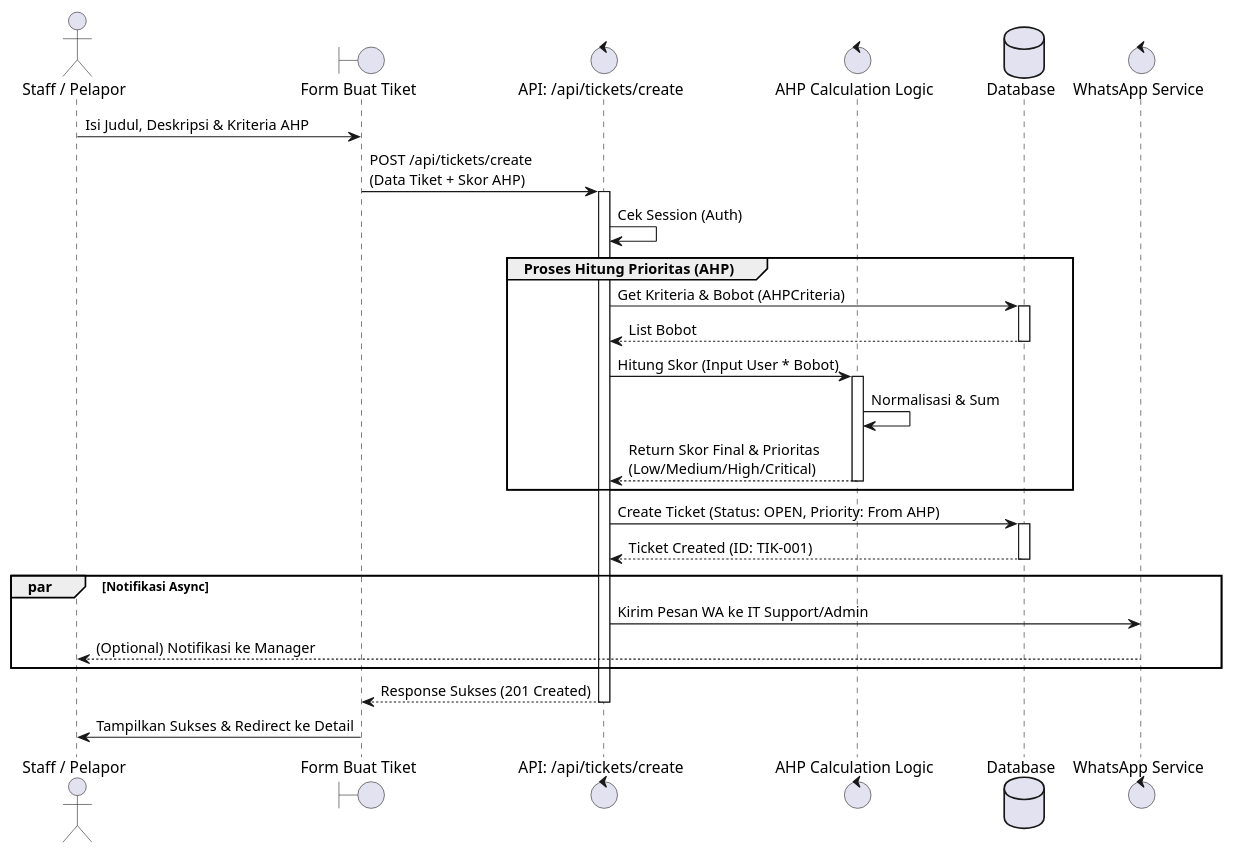
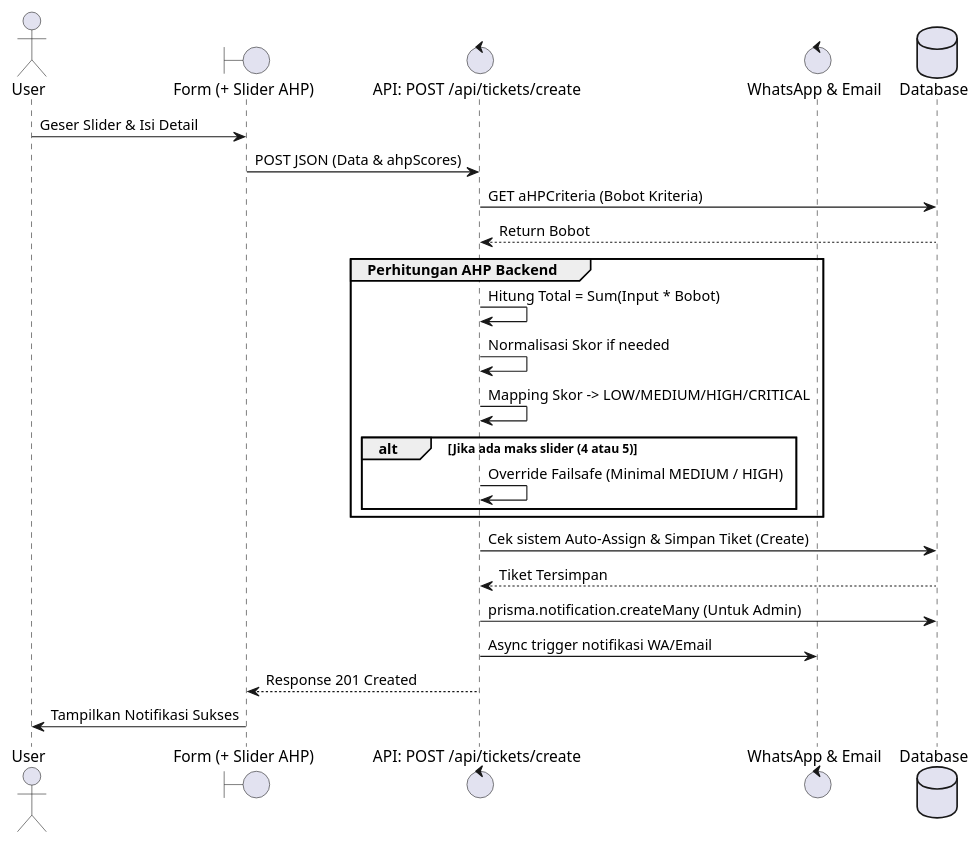
Before and after one commit to mrahmatfadila/bissmillah-skripsi-web: the fifth of 15 diagrams in docs/SEQUENCE_DIAGRAMS_PLANTUML.md, drawn with PlantUML. The commit also changed other lines of this file and 41 other files, not shown here.

````diff
--- a/docs/SEQUENCE_DIAGRAMS_PLANTUML.md
+++ b/docs/SEQUENCE_DIAGRAMS_PLANTUML.md
@@ -48,46 +87,31 @@
 ```plantuml
 @startuml
-skinparam boxPadding 10
+actor User as "User"
+boundary UI as "Form (+ Slider AHP)"
+control Server as "API: POST /api/tickets/create"
+control WA as "WhatsApp & Email"
+database DB as "Database"
 
-actor User as "Staff / Pelapor"
-boundary UI as "Form Buat Tiket"
-control API as "API: /api/tickets/create"
-control AHP as "AHP Calculation Logic"
-database DB as "Database"
-control WA as "WhatsApp Service"
+User -> UI : Geser Slider & Isi Detail
+UI -> Server : POST JSON (Data & ahpScores)
+Server -> DB : GET aHPCriteria (Bobot Kriteria)
+DB --> Server : Return Bobot
 
-User -> UI : Isi Judul, Deskripsi & Kriteria AHP
-UI -> API : POST /api/tickets/create\n(Data Tiket + Skor AHP)
-activate API
-
-API -> API : Cek Session (Auth)
-
-group Proses Hitung Prioritas (AHP)
-    API -> DB : Get Kriteria & Bobot (AHPCriteria)
-    activate DB
-    DB --> API : List Bobot
-    deactivate DB
-    
-    API -> AHP : Hitung Skor (Input User * Bobot)
-    activate AHP
-    AHP -> AHP : Normalisasi & Sum
-    AHP --> API : Return Skor Final & Prioritas\n(Low/Medium/High/Critical)
-    deactivate AHP
+group Perhitungan AHP Backend
+    Server -> Server : Hitung Total = Sum(Input * Bobot)
+    Server -> Server : Normalisasi Skor if needed
+    Server -> Server : Mapping Skor -> LOW/MEDIUM/HIGH/CRITICAL
+    alt Jika ada maks slider (4 atau 5)
+        Server -> Server : Override Failsafe (Minimal MEDIUM / HIGH)
+    end
 end
 
-API -> DB : Create Ticket (Status: OPEN, Priority: From AHP)
-activate DB
-DB --> API : Ticket Created (ID: TIK-001)
-deactivate DB
+Server -> DB : Cek sistem Auto-Assign & Simpan Tiket (Create)
+DB --> Server : Tiket Tersimpan
 
-par Notifikasi Async
-    API -> WA : Kirim Pesan WA ke IT Support/Admin
-    WA --> User : (Optional) Notifikasi ke Manager
-end
-
-API --> UI : Response Sukses (201 Created)
-deactivate API
-
-UI -> User : Tampilkan Sukses & Redirect ke Detail
+Server -> DB : prisma.notification.createMany (Untuk Admin)
+Server -> WA : Async trigger notifikasi WA/Email
+Server --> UI : Response 201 Created
+UI -> User : Tampilkan Notifikasi Sukses
 @enduml
 ```
````
